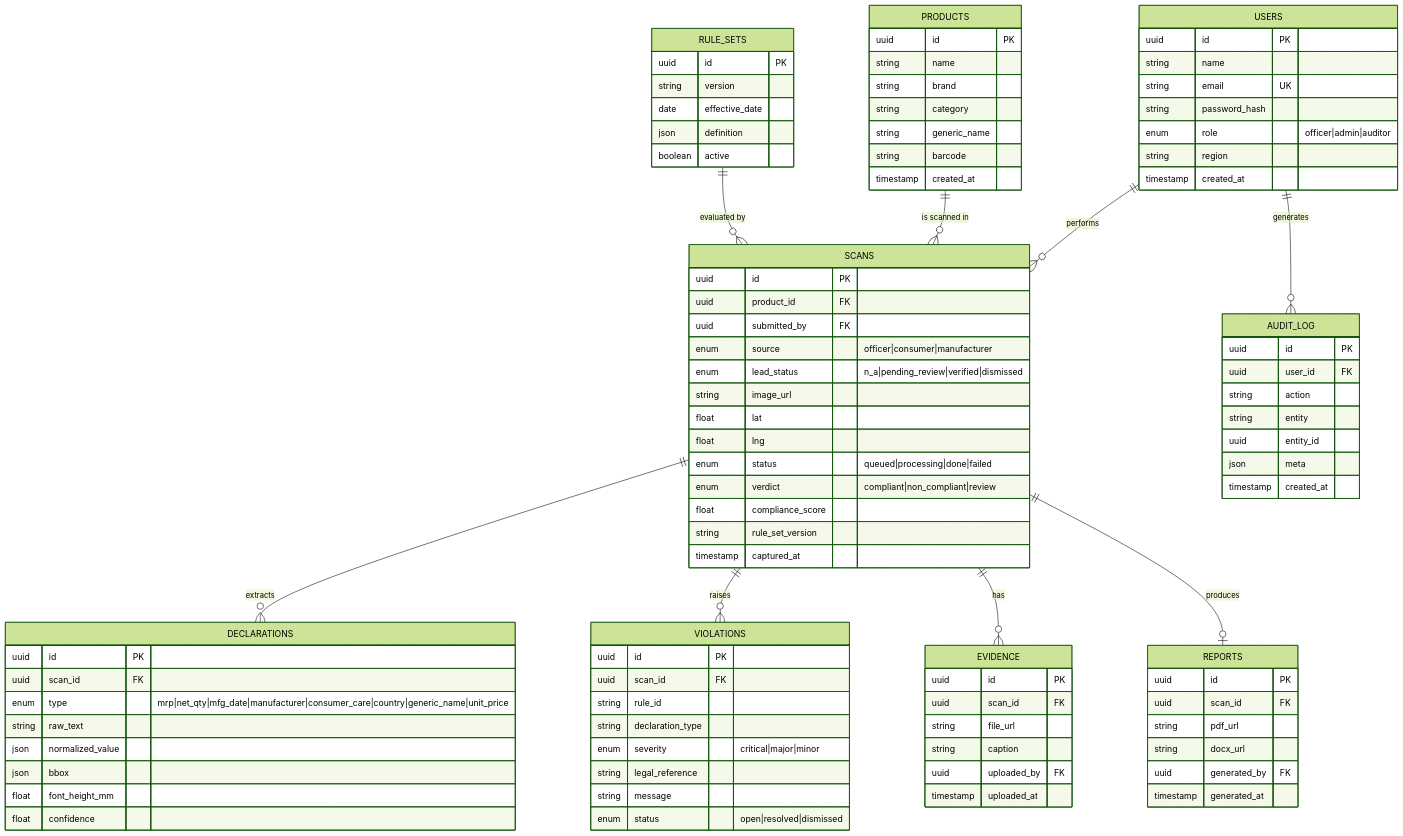
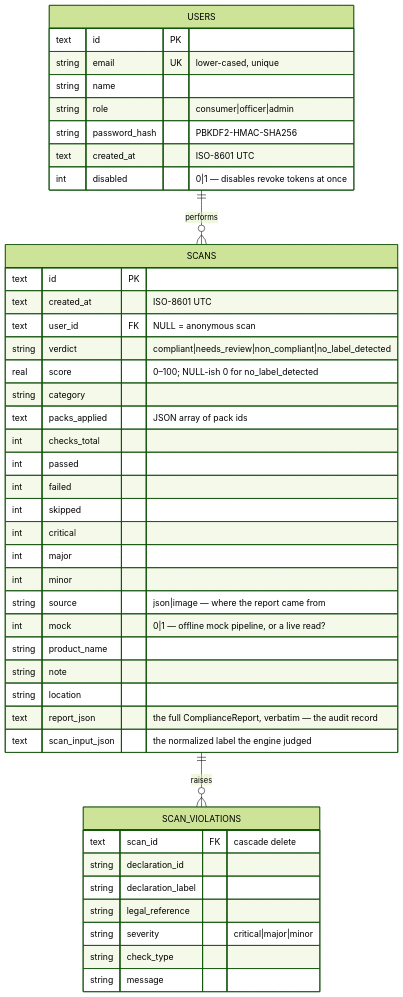
The fifth of 6 diagrams in LabelJaano/ARCHITECTURE.md (Amber088/SIH-Label-Jaano), drawn with Mermaid (forest theme) before and after one commit. The commit also changed other lines of this file and 44 other files, not shown here.

````diff
--- a/LabelJaano/ARCHITECTURE.md
+++ b/LabelJaano/ARCHITECTURE.md
@@ -318,97 +349,47 @@
 ```mermaid
 erDiagram
     USERS ||--o{ SCANS : performs
-    USERS ||--o{ AUDIT_LOG : generates
-    PRODUCTS ||--o{ SCANS : "is scanned in"
-    SCANS ||--o{ DECLARATIONS : extracts
-    SCANS ||--o{ VIOLATIONS : raises
-    SCANS ||--o{ EVIDENCE : has
-    SCANS ||--o| REPORTS : produces
-    RULE_SETS ||--o{ SCANS : "evaluated by"
+    SCANS ||--o{ SCAN_VIOLATIONS : raises
 
     USERS {
-        uuid id PK
+        text id PK
+        string email UK "lower-cased, unique"
         string name
-        string email UK
-        string password_hash
-        enum role "officer|admin|auditor"
-        string region
-        timestamp created_at
-    }
-    PRODUCTS {
-        uuid id PK
-        string name
-        string brand
-        string category
-        string generic_name
-        string barcode
-        timestamp created_at
+        string role "consumer|officer|admin"
+        string password_hash "PBKDF2-HMAC-SHA256"
+        text created_at "ISO-8601 UTC"
+        int disabled "0|1 — disables revoke tokens at once"
     }
     SCANS {
-        uuid id PK
-        uuid product_id FK
-        uuid submitted_by FK
-        enum source "officer|consumer|manufacturer"
-        enum lead_status "n_a|pending_review|verified|dismissed"
-        string image_url
-        float lat
-        float lng
-        enum status "queued|processing|done|failed"
-        enum verdict "compliant|non_compliant|review"
-        float compliance_score
-        string rule_set_version
-        timestamp captured_at
+        text id PK
+        text created_at "ISO-8601 UTC"
+        text user_id FK "NULL = anonymous scan"
+        string verdict "compliant|needs_review|non_compliant|no_label_detected"
+        real score "0–100; NULL-ish 0 for no_label_detected"
+        string category
+        text packs_applied "JSON array of pack ids"
+        int checks_total
+        int passed
+        int failed
+        int skipped
+        int critical
+        int major
+        int minor
+        string source "json|image — where the report came from"
+        int mock "0|1 — offline mock pipeline, or a live read?"
+        string product_name
+        string note
+        string location
+        text report_json "the full ComplianceReport, verbatim — the audit record"
+        text scan_input_json "the normalized label the engine judged"
     }
-    DECLARATIONS {
-        uuid id PK
-        uuid scan_id FK
-        enum type "mrp|net_qty|mfg_date|manufacturer|consumer_care|country|generic_name|unit_price"
-        string raw_text
-        json normalized_value
-        json bbox
-        float font_height_mm
-        float confidence
-    }
-    VIOLATIONS {
-        uuid id PK
-        uuid scan_id FK
-        string rule_id
-        string declaration_type
-        enum severity "critical|major|minor"
+    SCAN_VIOLATIONS {
+        text scan_id FK "cascade delete"
+        string declaration_id
+        string declaration_label
         string legal_reference
+        string severity "critical|major|minor"
+        string check_type
         string message
-        enum status "open|resolved|dismissed"
-    }
-    EVIDENCE {
-        uuid id PK
-        uuid scan_id FK
-        string file_url
-        string caption
-        uuid uploaded_by FK
-        timestamp uploaded_at
-    }
-    REPORTS {
-        uuid id PK
-        uuid scan_id FK
-        string pdf_url
-        string docx_url
-        uuid generated_by FK
-        timestamp generated_at
-    }
-    RULE_SETS {
-        uuid id PK
-        string version
-        date effective_date
-        json definition
-        boolean active
-    }
-    AUDIT_LOG {
-        uuid id PK
-        uuid user_id FK
-        string action
-        string entity
-        uuid entity_id
-        json meta
-        timestamp created_at
     }
 ```
````
